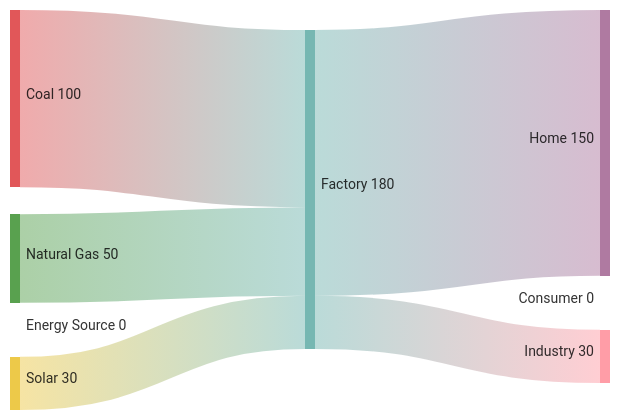
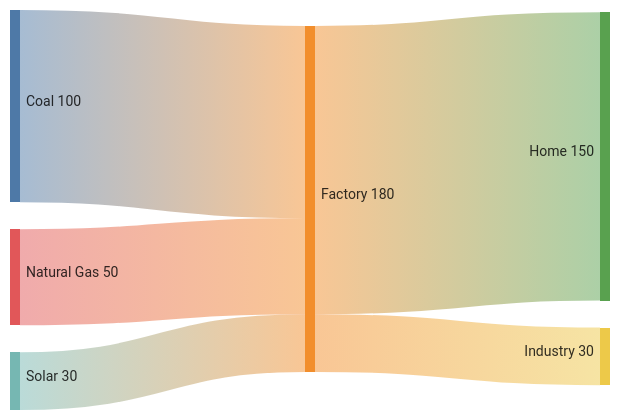
One commit to BitYoungjae/marketplace changed the second of 19 diagrams in plugins/obsidian-blocks/skills/mermaid-diagramming/sankey.md. Above: the diagram before and after it, drawn with Mermaid. The commit also changed other lines of this file and 14 other files, not shown here.

First line of the commit message:
feat(obsidian-blocks): add Session 3 Mermaid diagrams

````diff
--- a/plugins/obsidian-blocks/skills/mermaid-diagramming/sankey.md
+++ b/plugins/obsidian-blocks/skills/mermaid-diagramming/sankey.md
@@ -47,10 +48,9 @@
 ```mermaid
-sankey
+sankey-beta
 
-Energy Source,Consumer,Amount
 Coal,Factory,100
 Natural Gas,Factory,50
 Solar,Factory,30
 Factory,Home,150
 Factory,Industry,30
 ```
````
